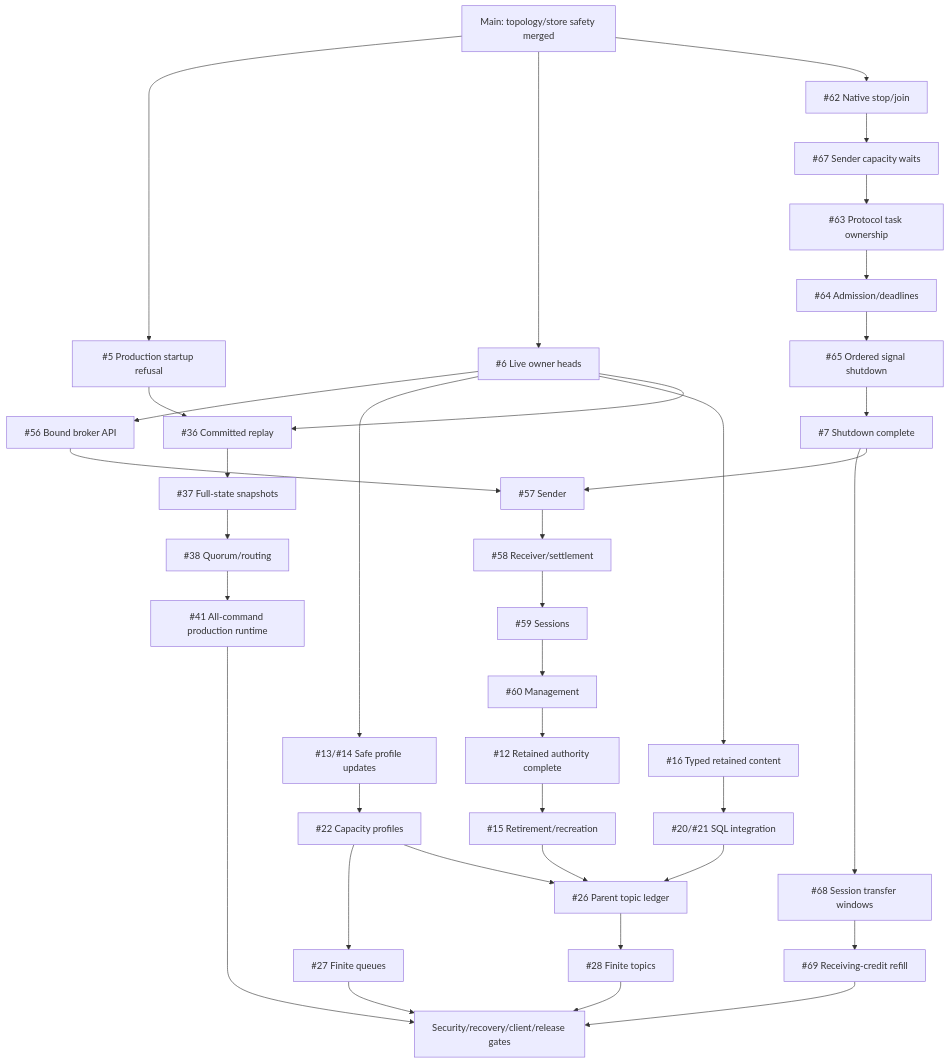
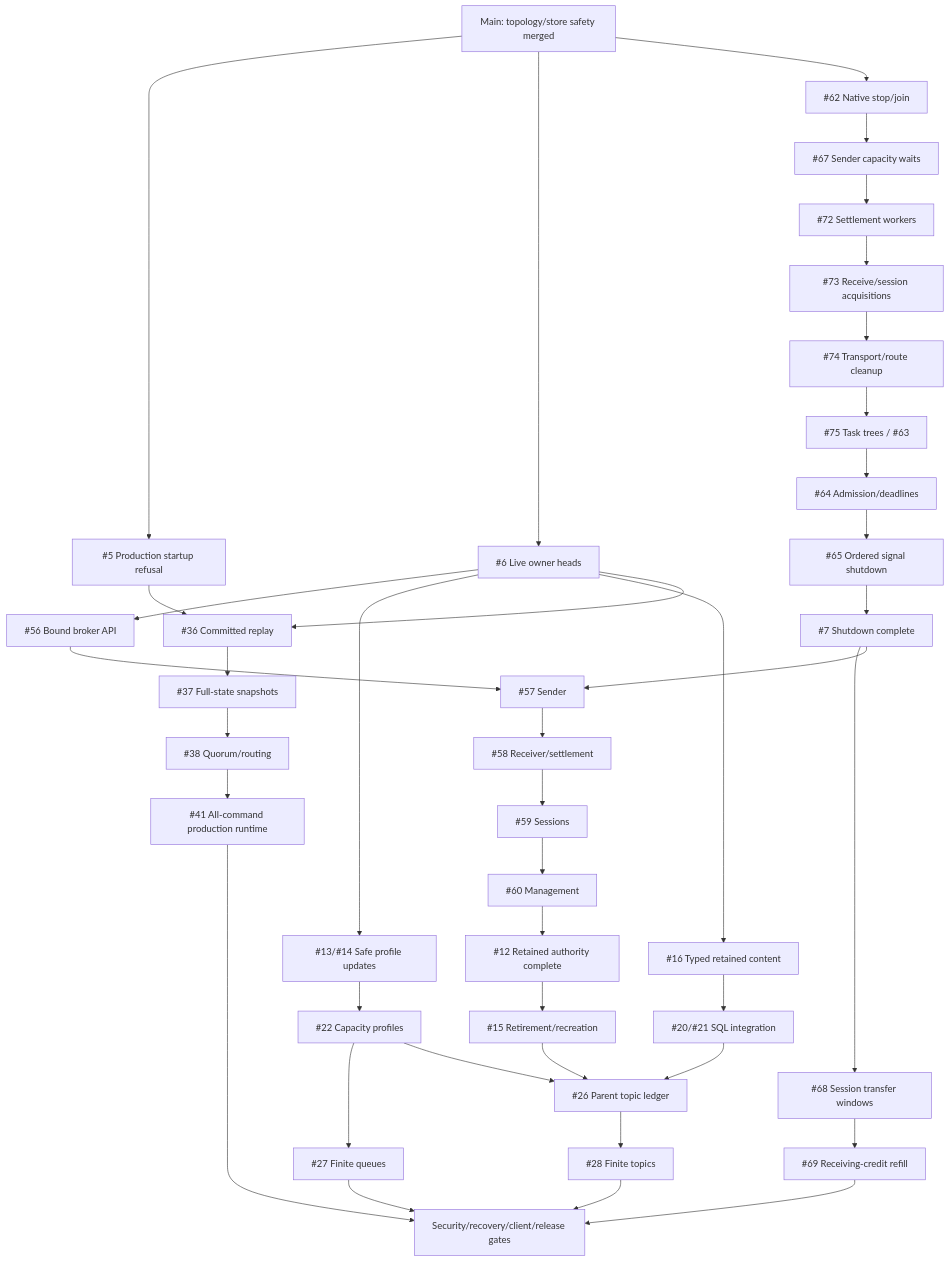
Before and after one commit to DeandreT/switchyard: the diagram in docs/roadmap.md, drawn with Mermaid. The commit also changed other lines of this file and 7 other files, not shown here.

First line of the commit message:
fix(protocol-amqp): join settlement workers on link teardown

````diff
--- a/docs/roadmap.md
+++ b/docs/roadmap.md
@@ -48,39 +49,42 @@
 ```mermaid
 flowchart TD
     Main["Main: topology/store safety merged"] --> Guard["#5 Production startup refusal"]
     Main --> Owners["#6 Live owner heads"]
     Owners --> Core["#56 Bound broker API"]
     Core --> Sender["#57 Sender"]
     Main --> Native["#62 Native stop/join"]
     Native --> Permits["#67 Sender capacity waits"]
-    Permits --> Protocol["#63 Protocol task ownership"]
+    Permits --> Settlement["#72 Settlement workers"]
+    Settlement --> Acquisition["#73 Receive/session acquisitions"]
+    Acquisition --> Transport["#74 Transport/route cleanup"]
+    Transport --> Protocol["#75 Task trees / #63"]
     Protocol --> Admission["#64 Admission/deadlines"]
     Admission --> Signals["#65 Ordered signal shutdown"]
     Signals --> Shutdown["#7 Shutdown complete"]
     Shutdown --> Windows["#68 Session transfer windows"]
     Windows --> Refill["#69 Receiving-credit refill"]
     Refill --> Gates
     Shutdown --> Sender
     Sender --> Receiver["#58 Receiver/settlement"]
     Receiver --> Sessions["#59 Sessions"]
     Sessions --> Management["#60 Management"]
     Management --> Bindings["#12 Retained authority complete"]
     Bindings --> Delete["#15 Retirement/recreation"]
     Owners --> Profiles["#13/#14 Safe profile updates"]
     Owners --> Content["#16 Typed retained content"]
     Content --> SQL["#20/#21 SQL integration"]
     Profiles --> Modes["#22 Capacity profiles"]
     Modes --> Queue["#27 Finite queues"]
     Modes --> Ledger["#26 Parent topic ledger"]
     SQL --> Ledger
     Delete --> Ledger
     Ledger --> Topic["#28 Finite topics"]
     Guard --> Log["#36 Committed replay"]
     Owners --> Log
     Log --> Snapshot["#37 Full-state snapshots"]
     Snapshot --> Quorum["#38 Quorum/routing"]
     Quorum --> Runtime["#41 All-command production runtime"]
     Runtime --> Gates["Security/recovery/client/release gates"]
     Topic --> Gates
     Queue --> Gates
 ```
````
